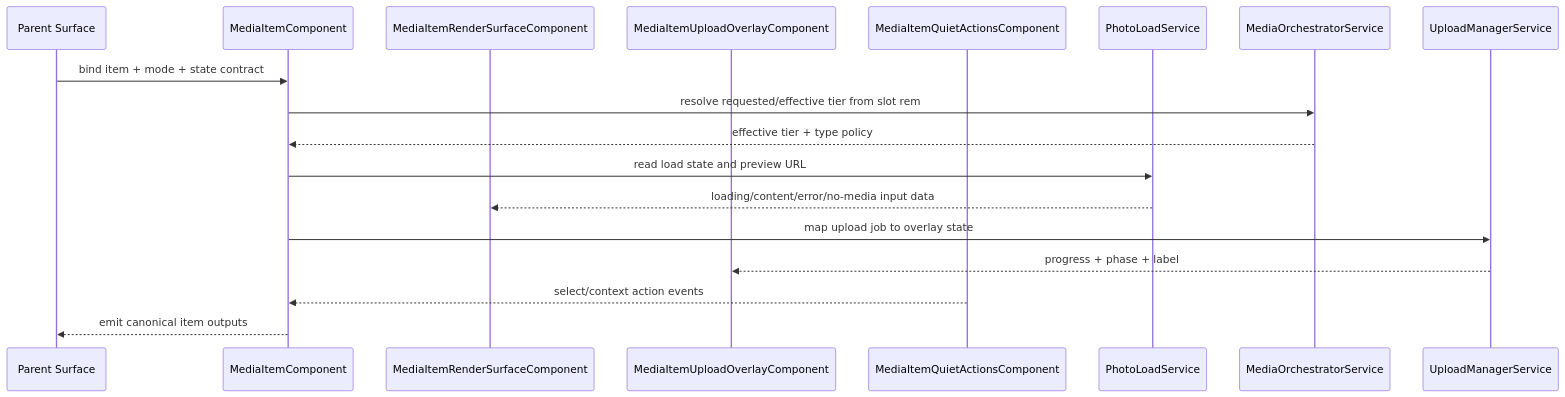
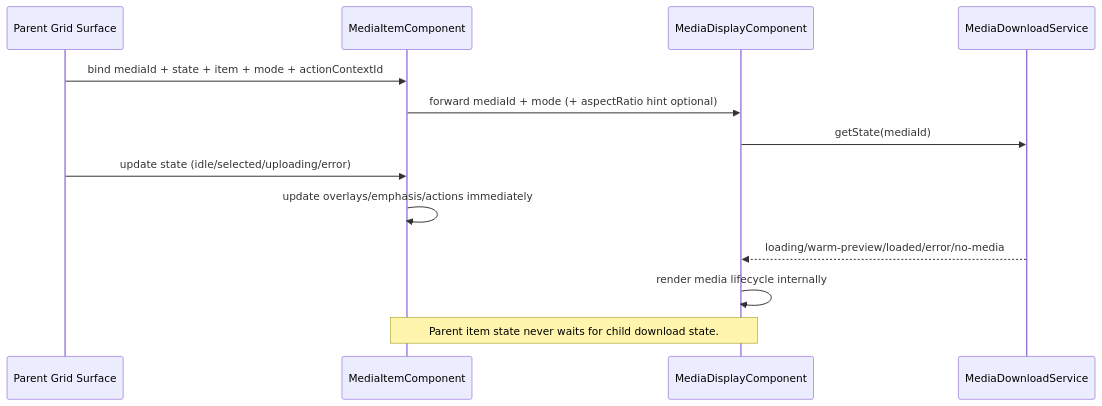
One commit to matkleve/feldpost changed the second of 2 diagrams in docs/specs/component/media-item.md. Above: the diagram before and after it, drawn with Mermaid. The commit also changed other lines of this file and 9 other files, not shown here.

First line of the commit message:
refactor(media-item): streamline media item component structure and state management

````diff
--- a/docs/specs/component/media-item.md
+++ b/docs/specs/component/media-item.md
@@ -397,21 +222,16 @@
 ```mermaid
 sequenceDiagram
-  participant P as Parent Surface
+  participant P as Parent Grid Surface
   participant M as MediaItemComponent
-  participant R as MediaItemRenderSurfaceComponent
-  participant O as MediaItemUploadOverlayComponent
-  participant Q as MediaItemQuietActionsComponent
-  participant PL as PhotoLoadService
-  participant MO as MediaOrchestratorService
-  participant UM as UploadManagerService
+  participant D as MediaDisplayComponent
+  participant S as MediaDownloadService
 
-  P->>M: bind item + mode + state contract
-  M->>MO: resolve requested/effective tier from slot rem
-  MO-->>M: effective tier + type policy
-  M->>PL: read load state and preview URL
-  PL-->>R: loading/content/error/no-media input data
-  M->>UM: map upload job to overlay state
-  UM-->>O: progress + phase + label
-  Q-->>M: select/context action events
-  M-->>P: emit canonical item outputs
+  P->>M: bind mediaId + state + item + mode + actionContextId
+  M->>D: forward mediaId + mode (+ aspectRatio hint optional)
+  D->>S: getState(mediaId)
+  P->>M: update state (idle/selected/uploading/error)
+  M->>M: update overlays/emphasis/actions immediately
+  S-->>D: loading/warm-preview/loaded/error/no-media
+  D->>D: render media lifecycle internally
+  Note over M,D: Parent item state never waits for child download state.
 ```
````
